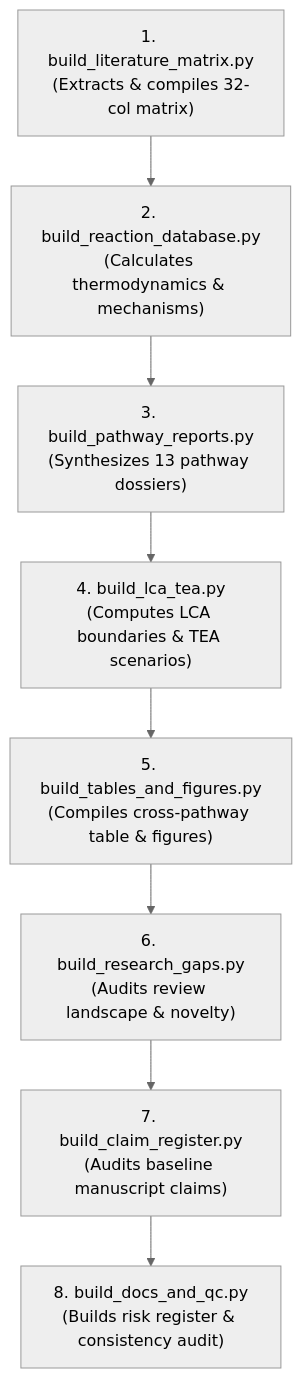
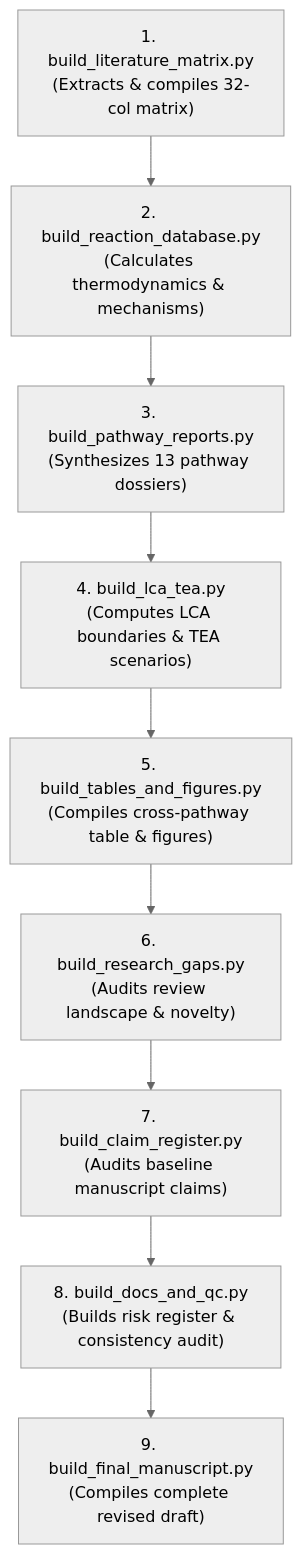
The diagram in API.md (L9G9N0/IP-), drawn with Mermaid (neutral theme) before and after one commit. The commit also changed other lines of this file and 68 other files, not shown here.

````diff
--- a/API.md
+++ b/API.md
@@ -24,13 +47,14 @@
 ```mermaid
 flowchart TD
     S1["1. build_literature_matrix.py<br/>(Extracts & compiles 32-col matrix)"]
     S2["2. build_reaction_database.py<br/>(Calculates thermodynamics & mechanisms)"]
     S3["3. build_pathway_reports.py<br/>(Synthesizes 13 pathway dossiers)"]
     S4["4. build_lca_tea.py<br/>(Computes LCA boundaries & TEA scenarios)"]
     S5["5. build_tables_and_figures.py<br/>(Compiles cross-pathway table & figures)"]
     S6["6. build_research_gaps.py<br/>(Audits review landscape & novelty)"]
     S7["7. build_claim_register.py<br/>(Audits baseline manuscript claims)"]
     S8["8. build_docs_and_qc.py<br/>(Builds risk register & consistency audit)"]
+    S9["9. build_final_manuscript.py<br/>(Compiles complete revised draft)"]
 
-    S1 --> S2 --> S3 --> S4 --> S5 --> S6 --> S7 --> S8
+    S1 --> S2 --> S3 --> S4 --> S5 --> S6 --> S7 --> S8 --> S9
 ```
````
